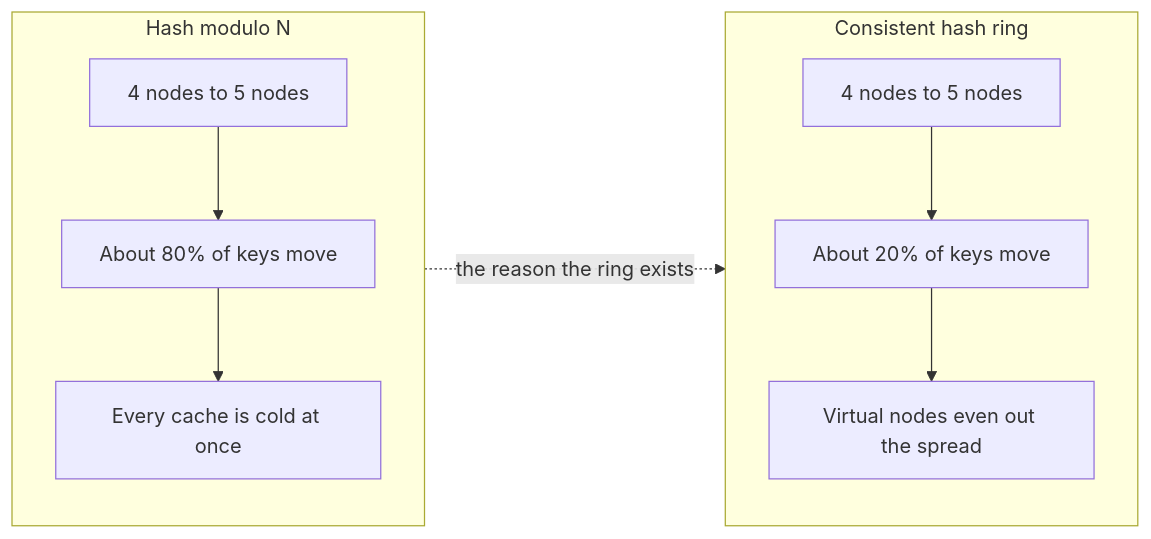
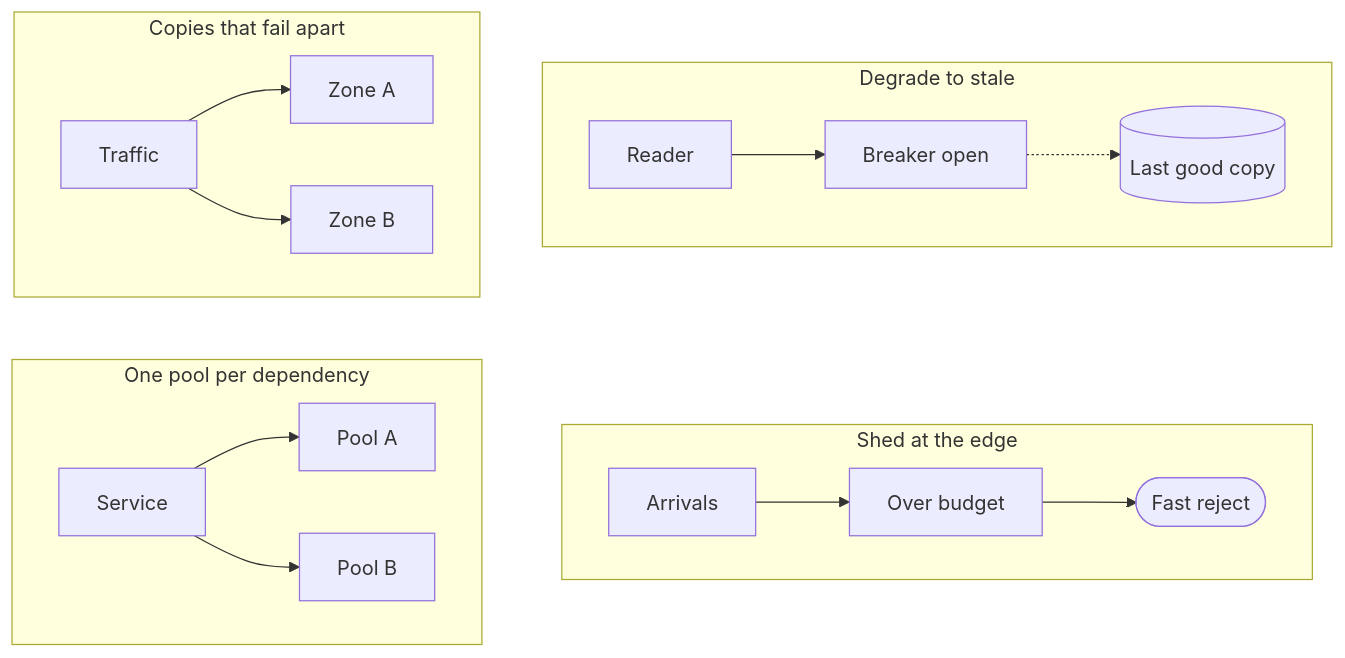
Diagram 12 of 19 in examples/system-design-foundations.md (Laticent/lattice), drawn with Mermaid before and after one commit. The commit also changed other lines of this file and 2 other files, not shown here.

````diff
--- a/examples/system-design-foundations.md
+++ b/examples/system-design-foundations.md
@@ -1594,14 +1541,23 @@
 ```mermaid
-flowchart LR
-  subgraph naive["Hash modulo N"]
-    direction TB
-    NA["4 nodes to 5 nodes"] --> NB["About 80% of keys move"]
-    NB --> NC["Every cache is cold at once"]
+flowchart TB
+  subgraph b["Degrade to stale"]
+    direction LR
+    B1["Reader"] --> B2["Breaker open"] -.-> B3[("Last good copy")]
   end
-  subgraph ring["Consistent hash ring"]
-    direction TB
-    RA["4 nodes to 5 nodes"] --> RB["About 20% of keys move"]
-    RB --> RC["Virtual nodes even out the spread"]
+  subgraph a["Copies that fail apart"]
+    direction LR
+    A1["Traffic"] --> A2["Zone A"]
+    A1 --> A3["Zone B"]
   end
-  naive -.->|"the reason the ring exists"| ring
+  subgraph d["Shed at the edge"]
+    direction LR
+    D1["Arrivals"] --> D2["Over budget"] --> D3(["Fast reject"])
+  end
+  subgraph c["One pool per dependency"]
+    direction LR
+    C1["Service"] --> C2["Pool A"]
+    C1 --> C3["Pool B"]
+  end
+  a ~~~ c
+  b ~~~ d
 ```
````
